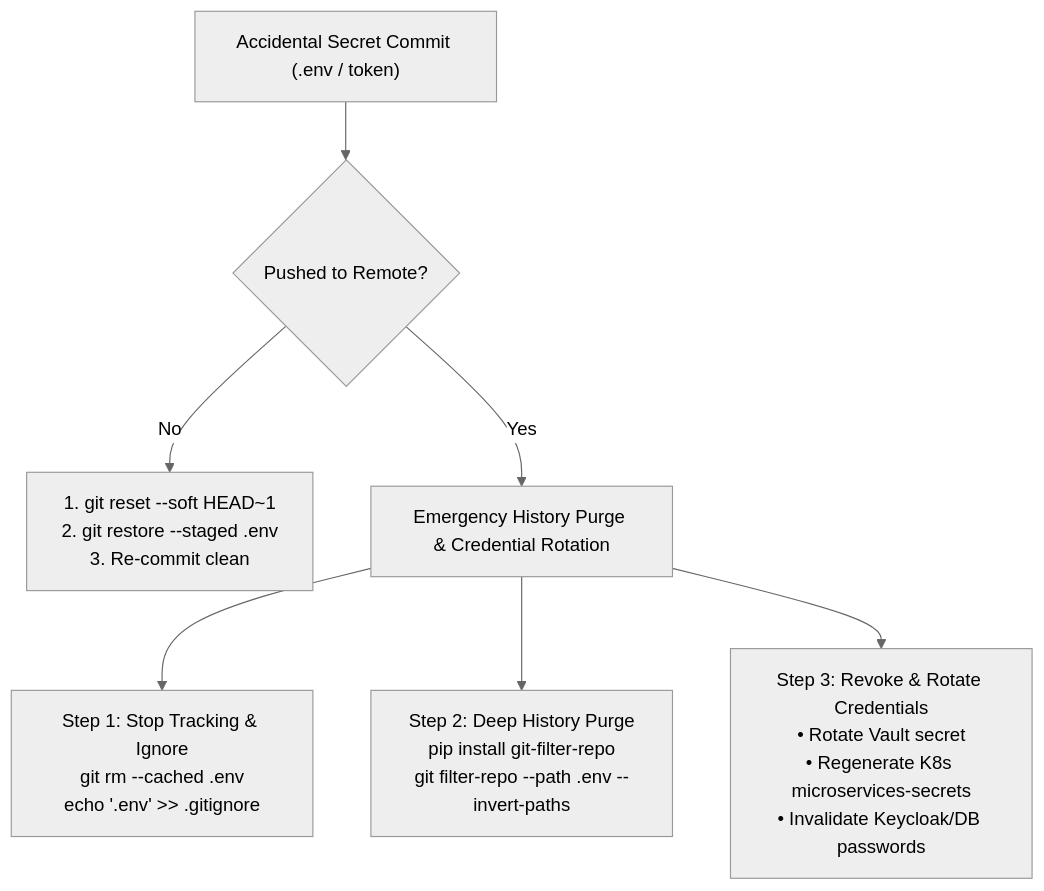
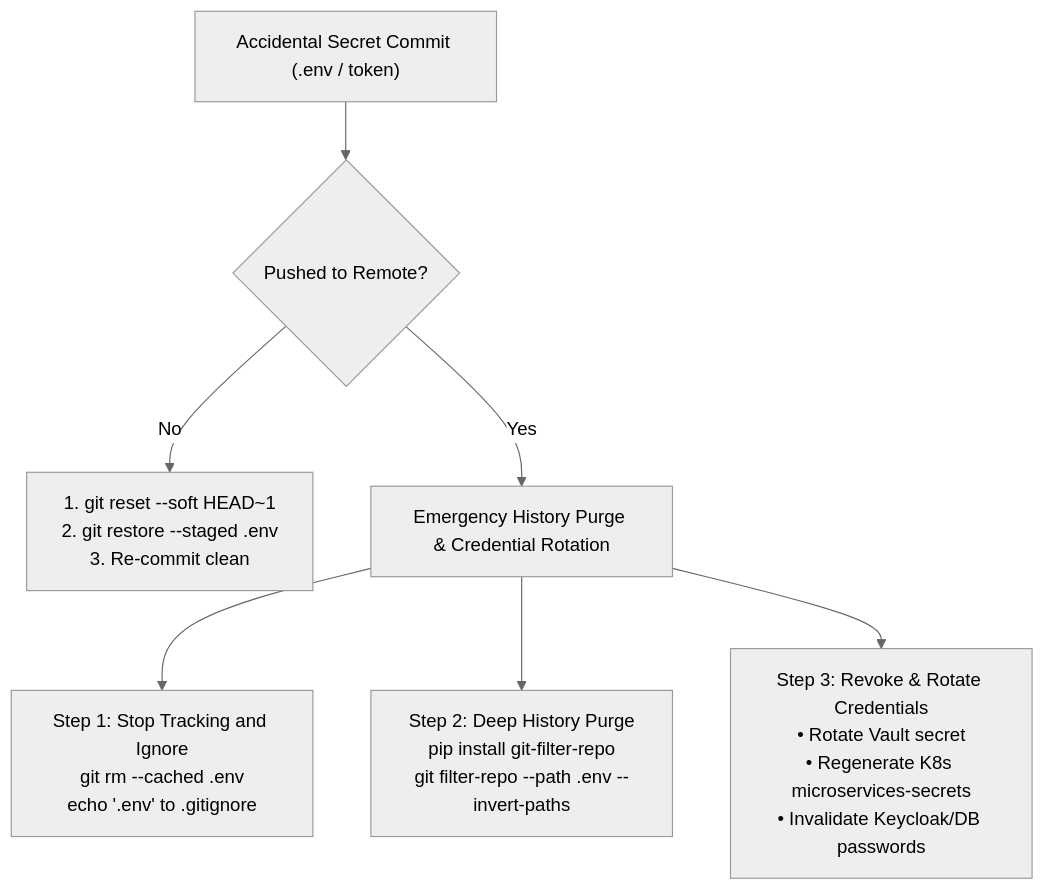
Before and after one commit to GeorgeGxx/microservices-architecture: the second of 3 diagrams in docs/03-devsecops-and-testing/GIT_WORKFLOW_AND_COLLABORATION.md, drawn with Mermaid (neutral theme). The commit also changed 1 other file, not shown here.

Commit message:
fix(docs): resolve Mermaid syntax errors and delimiter mismatches
- Fix mismatched node delimiters in DevSecOps lifecycle diagram (DoR, DoD1, DoD2, DoD3) to standard stadium shape.

- Escape HTML entities (&lt; and &ge;) to prevent parser ambiguity on GitHub.

- Sanitize ampersand and redirection symbols in Git credential purge diagram.

````diff
--- a/docs/03-devsecops-and-testing/GIT_WORKFLOW_AND_COLLABORATION.md
+++ b/docs/03-devsecops-and-testing/GIT_WORKFLOW_AND_COLLABORATION.md
@@ -256,9 +256,9 @@
 ```mermaid
 flowchart TD
     Leak["Accidental Secret Commit (.env / token)"] --> Check{"Pushed to Remote?"}
     Check -- No --> Soft["1. git reset --soft HEAD~1<br/>2. git restore --staged .env<br/>3. Re-commit clean"]
     Check -- Yes --> Purge["Emergency History Purge & Credential Rotation"]
-    Purge --> Step1["Step 1: Stop Tracking & Ignore<br/>git rm --cached .env<br/>echo '.env' >> .gitignore"]
+    Purge --> Step1["Step 1: Stop Tracking and Ignore<br/>git rm --cached .env<br/>echo '.env' to .gitignore"]
     Purge --> Step2["Step 2: Deep History Purge<br/>pip install git-filter-repo<br/>git filter-repo --path .env --invert-paths"]
     Purge --> Step3["Step 3: Revoke & Rotate Credentials<br/>• Rotate Vault secret<br/>• Regenerate K8s microservices-secrets<br/>• Invalidate Keycloak/DB passwords"]
 ```
````
